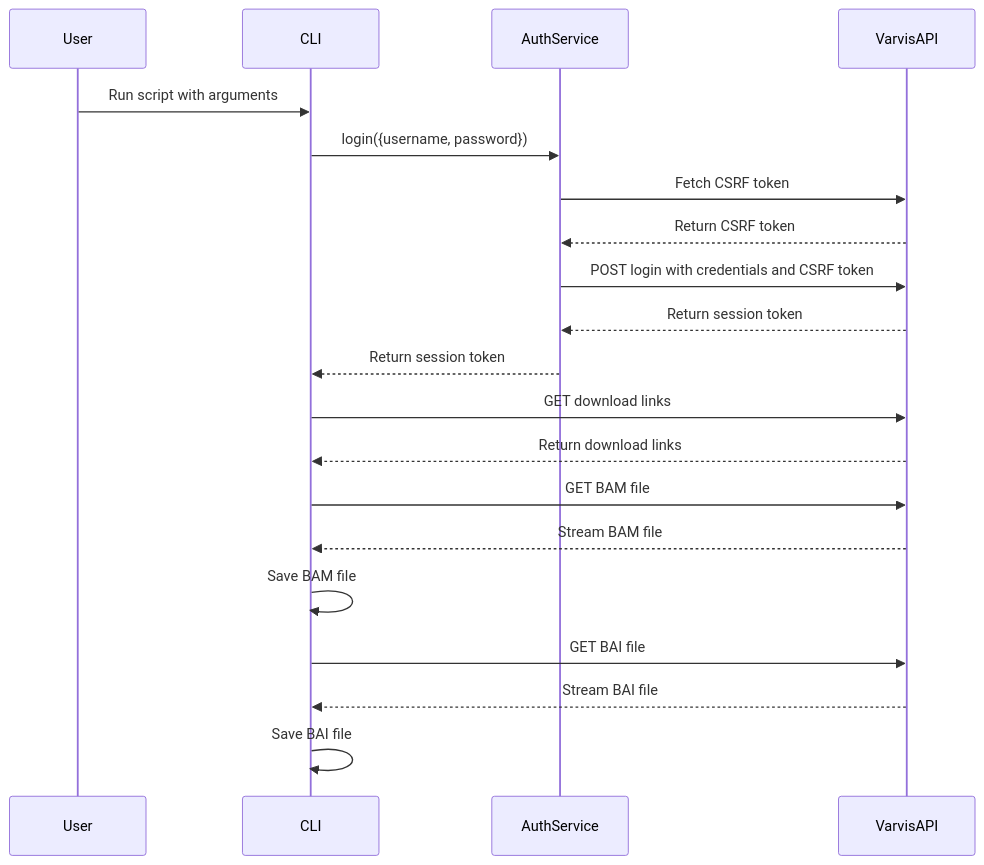
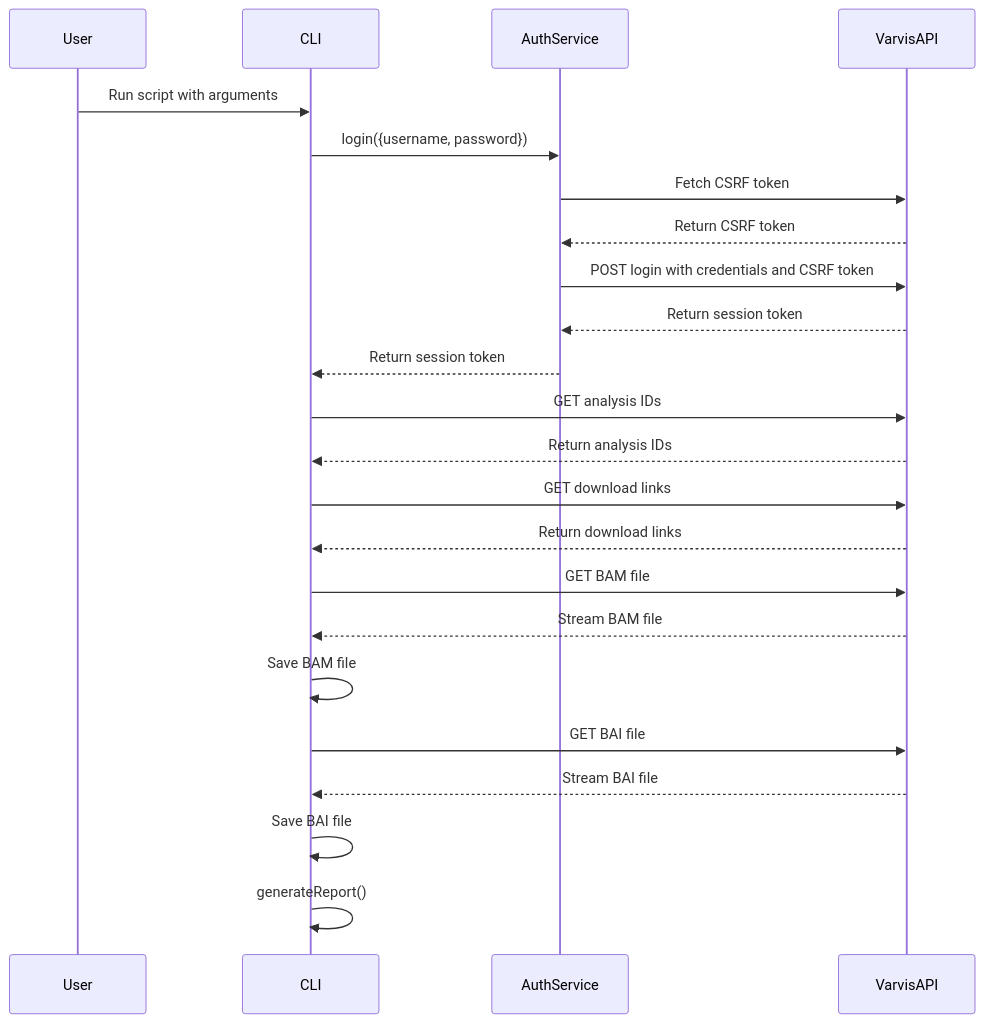
Before and after one commit to LaborBerlin/varvis-download: the second of 2 diagrams in README.md, drawn with Mermaid. The commit also changed other lines of this file, not shown here.

````diff
--- a/README.md
+++ b/README.md
@@ -92,26 +106,31 @@
 ```mermaid
 sequenceDiagram
     participant User
     participant CLI
     participant AuthService
     participant VarvisAPI
 
     User->>CLI: Run script with arguments
     CLI->>AuthService: login({username, password})
     AuthService->>VarvisAPI: Fetch CSRF token
     VarvisAPI-->>AuthService: Return CSRF token
     AuthService->>VarvisAPI: POST login with credentials and CSRF token
     VarvisAPI-->>AuthService: Return session token
     AuthService-->>CLI: Return session token
 
+    CLI->>VarvisAPI: GET analysis IDs
+    VarvisAPI-->>CLI: Return analysis IDs
+
     CLI->>VarvisAPI: GET download links
     VarvisAPI-->>CLI: Return download links
 
     CLI->>VarvisAPI: GET BAM file
     VarvisAPI-->>CLI: Stream BAM file
     CLI->>CLI: Save BAM file
 
     CLI->>VarvisAPI: GET BAI file
     VarvisAPI-->>CLI: Stream BAI file
     CLI->>CLI: Save BAI file
+
+    CLI->>CLI: generateReport()
 ```
````
